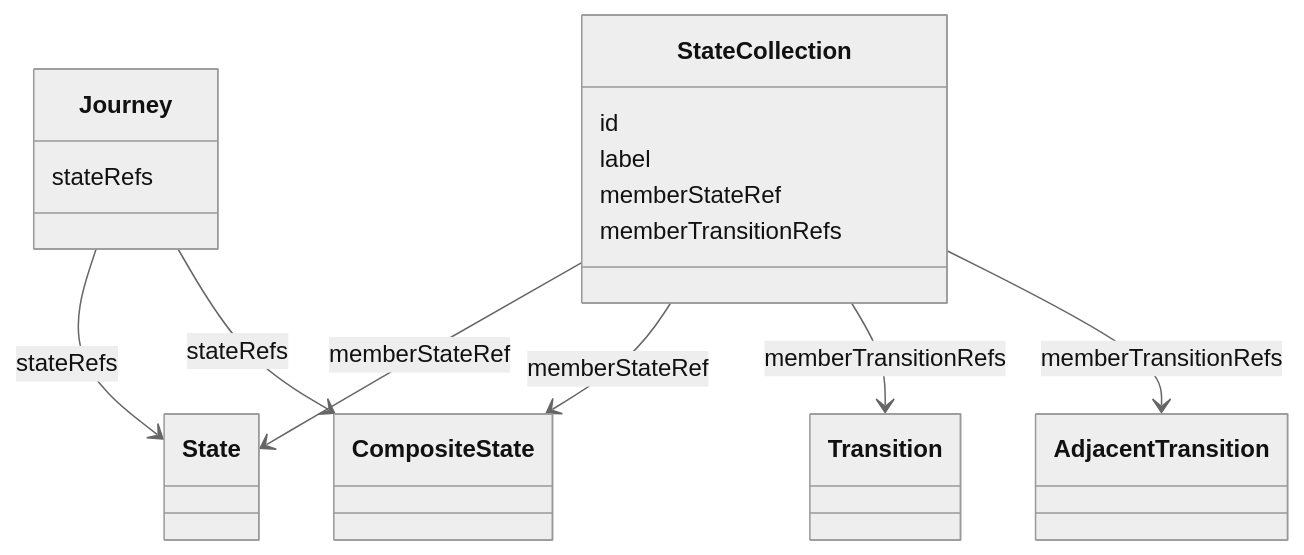
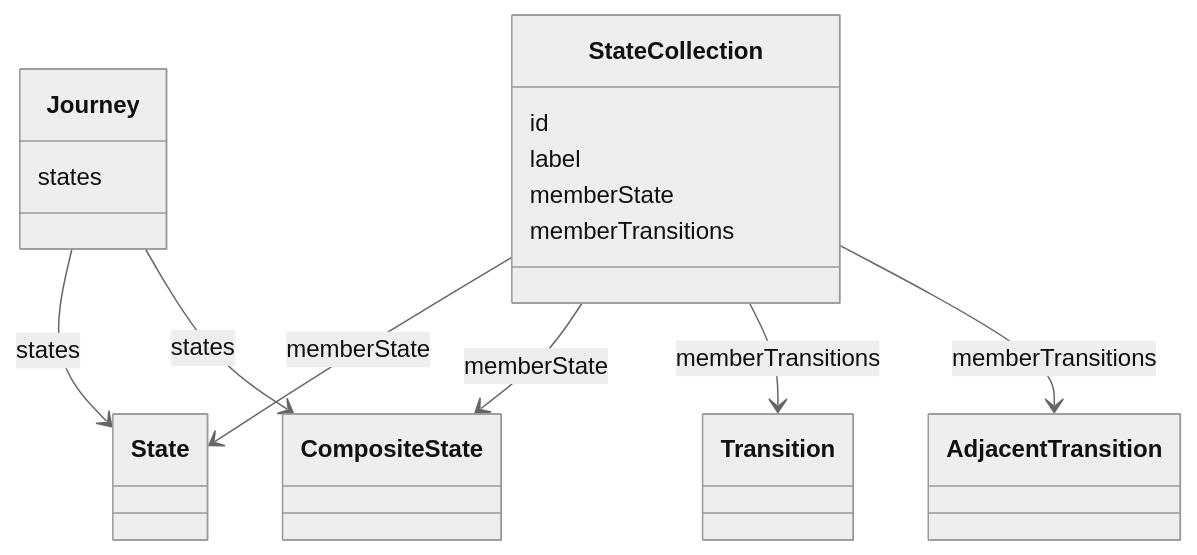
One commit to openuji/spec-ujg changed the third of 15 diagrams in specs/ed/graph/index.md. Above: the diagram before and after it, drawn with Mermaid (neutral theme). The commit also changed other lines of this file and 370 other files, not shown here.

````diff
--- a/specs/ed/graph/index.md
+++ b/specs/ed/graph/index.md
@@ -248,23 +210,23 @@
 ```mermaid
 classDiagram
   class StateCollection {
     id
     label
-    memberStateRef
-    memberTransitionRefs
+    memberState
+    memberTransitions
   }
   class Journey {
-    stateRefs
+    states
   }
   class State
   class CompositeState
   class Transition
   class AdjacentTransition
 
-  StateCollection --> State : memberStateRef
-  StateCollection --> CompositeState : memberStateRef
-  StateCollection --> Transition : memberTransitionRefs
-  StateCollection --> AdjacentTransition : memberTransitionRefs
-  Journey --> State : stateRefs
-  Journey --> CompositeState : stateRefs
+  StateCollection --> State : memberState
+  StateCollection --> CompositeState : memberState
+  StateCollection --> Transition : memberTransitions
+  StateCollection --> AdjacentTransition : memberTransitions
+  Journey --> State : states
+  Journey --> CompositeState : states
 ```
````
